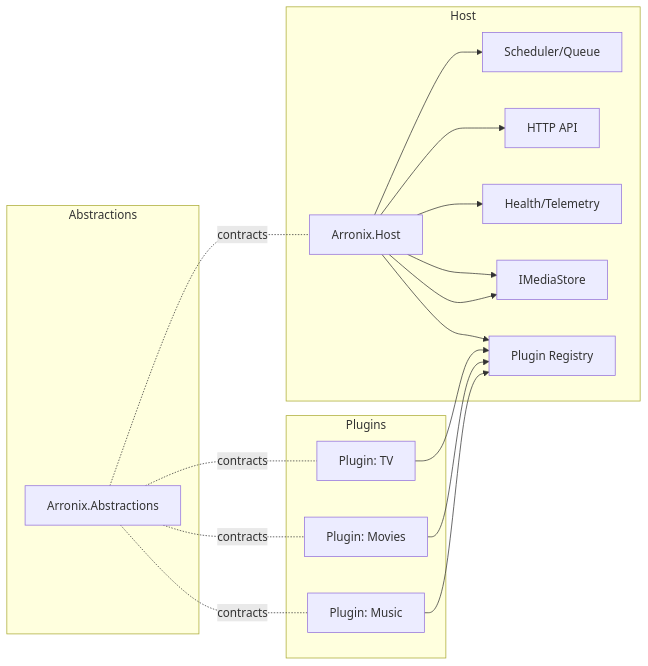
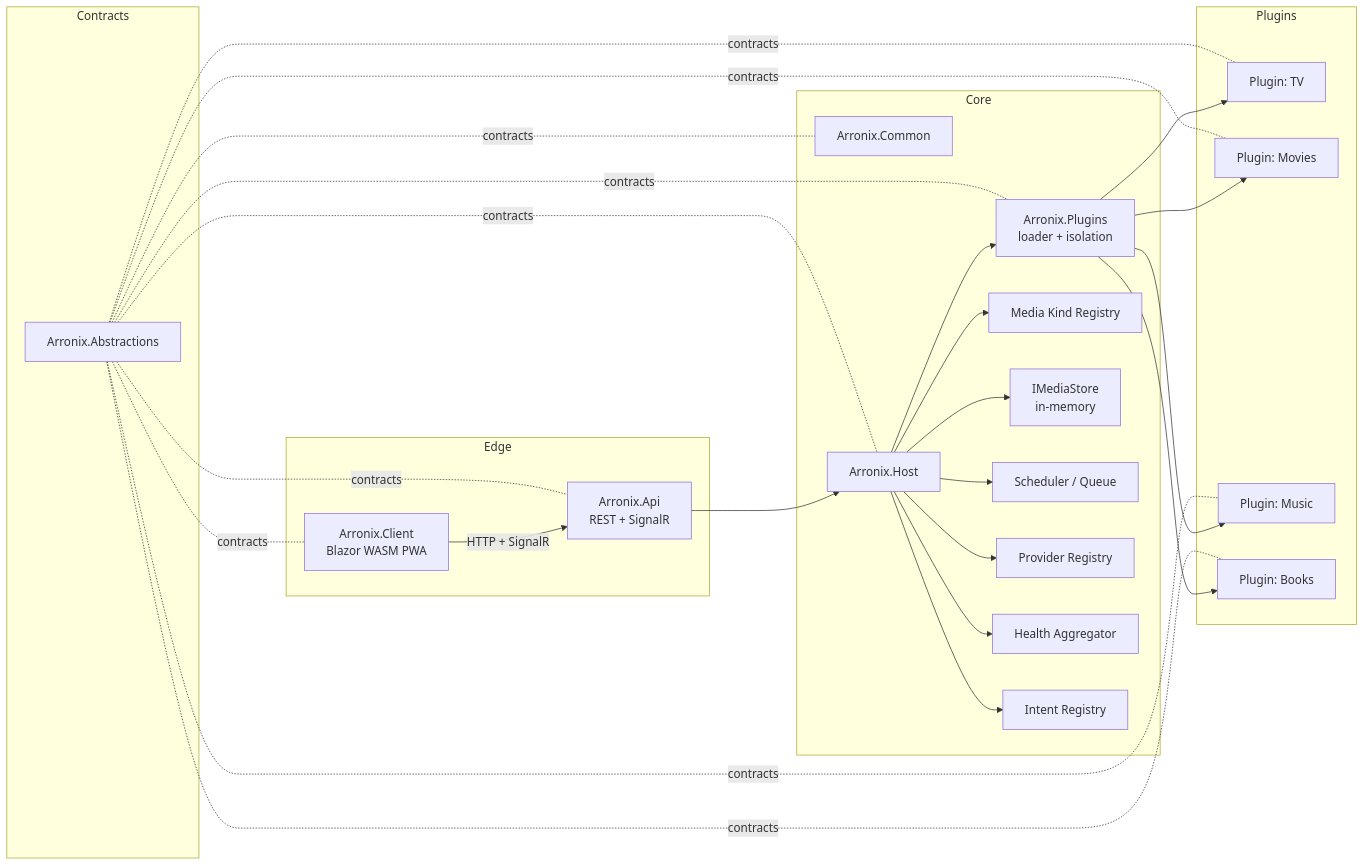
Before and after one commit to Arronix/ArronixCore: the diagram in ARCHITECTURE.md, drawn with Mermaid. The commit also changed other lines of this file and 935 other files, not shown here.

````diff
--- a/ARCHITECTURE.md
+++ b/ARCHITECTURE.md
@@ -33,29 +48,48 @@
 ```mermaid
 flowchart LR
-  subgraph Host
-    Core[Arronix.Host] --> Sched[Scheduler/Queue]
-    Core --> API[HTTP API]
-    Core --> Health[Health/Telemetry]
-    Core --> Store[IMediaStore]
-    Core --> Reg[Plugin Registry]
+  subgraph Contracts
+    A[Arronix.Abstractions]
   end
 
-  subgraph Abstractions
-    A[Arronix.Abstractions]
+  subgraph Core
+    Common[Arronix.Common]
+    Loader[Arronix.Plugins<br/>loader + isolation]
+    Host[Arronix.Host]
+    Host --> Kinds[Media Kind Registry]
+    Host --> Store[IMediaStore<br/>in-memory]
+    Host --> Sched[Scheduler / Queue]
+    Host --> Prov[Provider Registry]
+    Host --> Health[Health Aggregator]
+    Host --> Intent[Intent Registry]
+  end
+
+  subgraph Edge
+    Api[Arronix.Api<br/>REST + SignalR]
+    Client[Arronix.Client<br/>Blazor WASM PWA]
   end
 
   subgraph Plugins
     TV[Plugin: TV]
     MV[Plugin: Movies]
     MU[Plugin: Music]
+    BK[Plugin: Books]
   end
 
-  A -. contracts .- Core
+  A -. contracts .- Host
+  A -. contracts .- Common
+  A -. contracts .- Loader
+  A -. contracts .- Api
+  A -. contracts .- Client
   A -. contracts .- TV
   A -. contracts .- MV
   A -. contracts .- MU
-  TV --> Reg
-  MV --> Reg
-  MU --> Reg
-  Core --> Store
+  A -. contracts .- BK
+
+  Host --> Loader
+  Loader --> TV
+  Loader --> MV
+  Loader --> MU
+  Loader --> BK
+  Api --> Host
+  Client -- HTTP + SignalR --> Api
 ```
````
